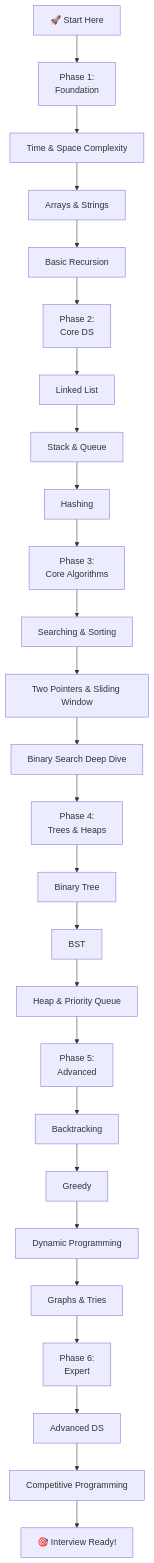
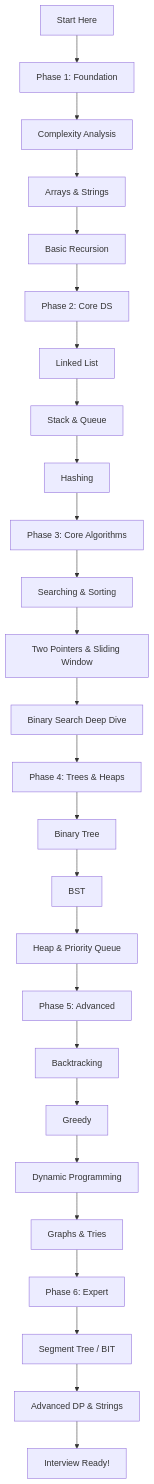
Before and after one commit to Kshitijgul/Notes: the seventh of 12 diagrams in DSA/01-Introduction.md, drawn with Mermaid. The commit also changed other lines of this file and 1 other file, not shown here.

````diff
--- a/DSA/01-Introduction.md
+++ b/DSA/01-Introduction.md
@@ -640,33 +735,33 @@
 ```mermaid
 flowchart TD
-    A[🚀 Start Here] --> B[Phase 1:<br/>Foundation]
-    B --> B1[Time & Space Complexity]
+    A[Start Here] --> B[Phase 1: Foundation]
+    B --> B1[Complexity Analysis]
     B1 --> B2[Arrays & Strings]
     B2 --> B3[Basic Recursion]
-    
-    B3 --> C[Phase 2:<br/>Core DS]
+
+    B3 --> C[Phase 2: Core DS]
     C --> C1[Linked List]
     C1 --> C2[Stack & Queue]
     C2 --> C3[Hashing]
-    
-    C3 --> D[Phase 3:<br/>Core Algorithms]
+
+    C3 --> D[Phase 3: Core Algorithms]
     D --> D1[Searching & Sorting]
     D1 --> D2[Two Pointers & Sliding Window]
     D2 --> D3[Binary Search Deep Dive]
-    
-    D3 --> E[Phase 4:<br/>Trees & Heaps]
+
+    D3 --> E[Phase 4: Trees & Heaps]
     E --> E1[Binary Tree]
     E1 --> E2[BST]
     E2 --> E3[Heap & Priority Queue]
-    
-    E3 --> F[Phase 5:<br/>Advanced]
+
+    E3 --> F[Phase 5: Advanced]
     F --> F1[Backtracking]
     F1 --> F2[Greedy]
     F2 --> F3[Dynamic Programming]
     F3 --> F4[Graphs & Tries]
-    
-    F4 --> G[Phase 6:<br/>Expert]
-    G --> G1[Advanced DS]
-    G1 --> G2[Competitive Programming]
-    G2 --> H[🎯 Interview Ready!]
+
+    F4 --> G[Phase 6: Expert]
+    G --> G1[Segment Tree / BIT]
+    G1 --> G2[Advanced DP & Strings]
+    G2 --> H[Interview Ready!]
 ```
````
